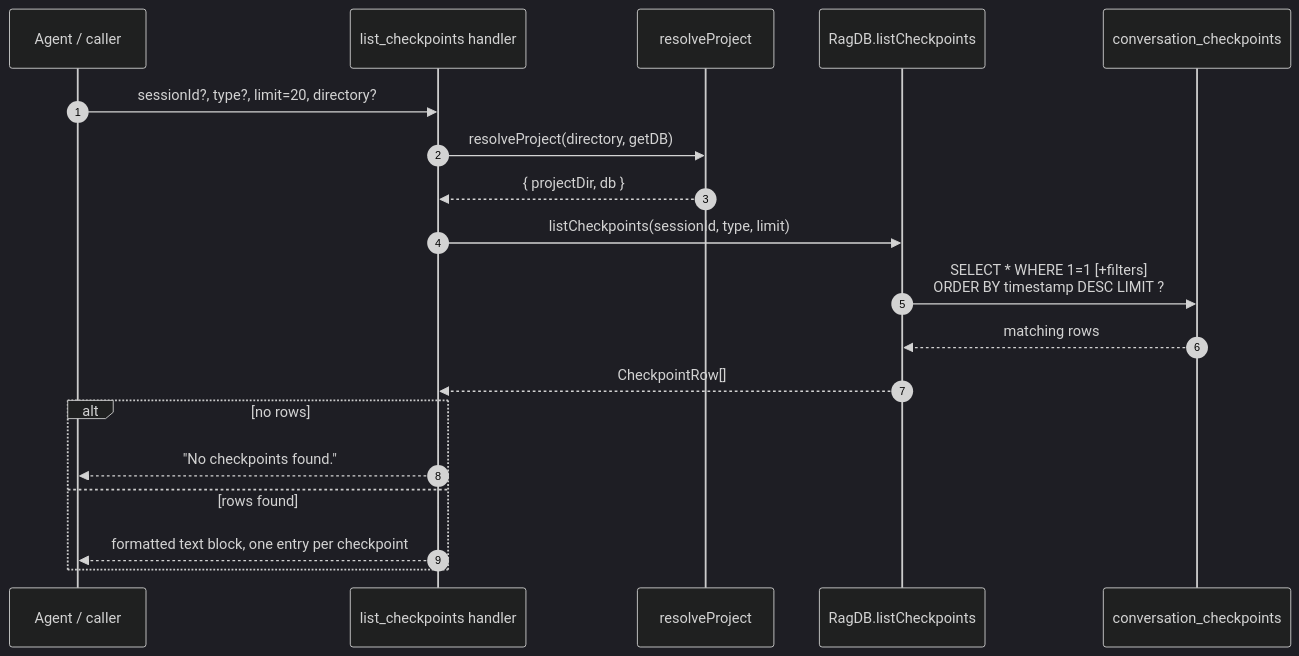
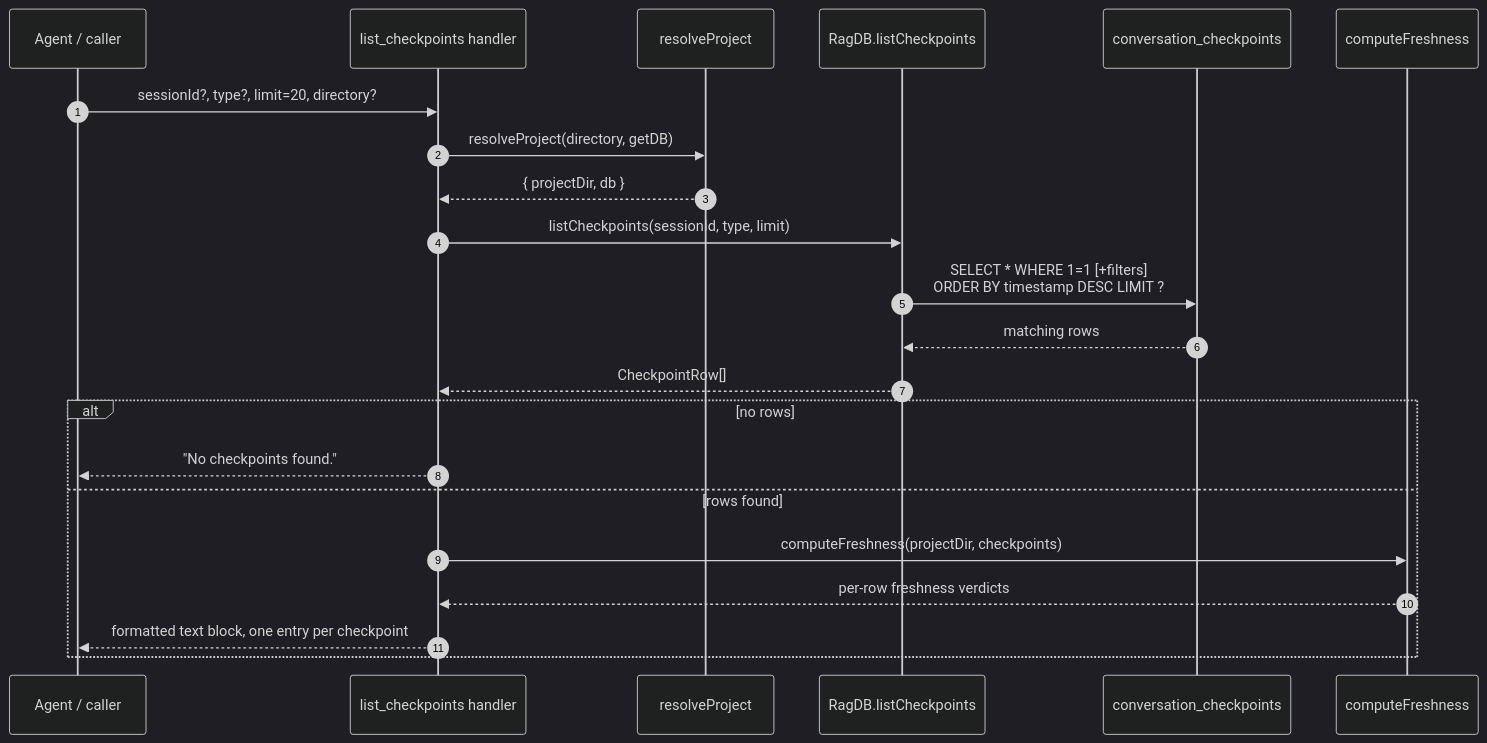
One commit to TheWinci/mimirs changed the diagram in wiki/tools/list-checkpoints.md. Above: the diagram before and after it, drawn with Mermaid (dark theme). The commit also changed other lines of this file and 58 other files, not shown here.

````diff
--- a/wiki/tools/list-checkpoints.md
+++ b/wiki/tools/list-checkpoints.md
@@ -13,21 +13,24 @@
 ```mermaid
 sequenceDiagram
     autonumber
     participant Agent as Agent / caller
     participant Tool as list_checkpoints handler
     participant Resolve as resolveProject
     participant DB as RagDB.listCheckpoints
     participant SQLite as conversation_checkpoints
+    participant Fresh as computeFreshness
     Agent->>Tool: sessionId?, type?, limit=20, directory?
     Tool->>Resolve: resolveProject(directory, getDB)
     Resolve-->>Tool: { projectDir, db }
     Tool->>DB: listCheckpoints(sessionId, type, limit)
     DB->>SQLite: SELECT * WHERE 1=1 [+filters]<br>ORDER BY timestamp DESC LIMIT ?
     SQLite-->>DB: matching rows
     DB-->>Tool: CheckpointRow[]
     alt no rows
         Tool-->>Agent: "No checkpoints found."
     else rows found
+        Tool->>Fresh: computeFreshness(projectDir, checkpoints)
+        Fresh-->>Tool: per-row freshness verdicts
         Tool-->>Agent: formatted text block, one entry per checkpoint
     end
 ```
````
